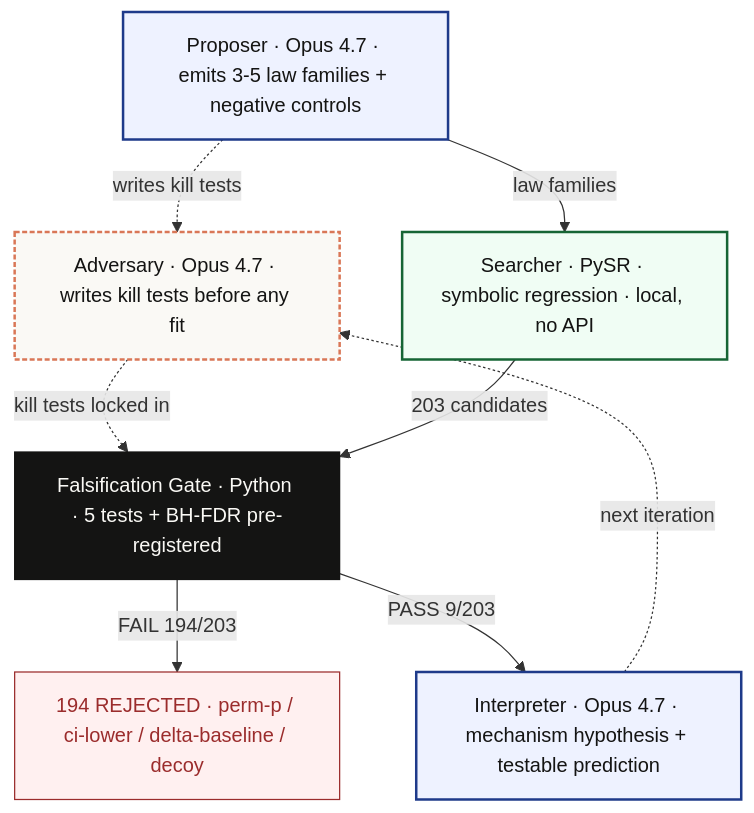
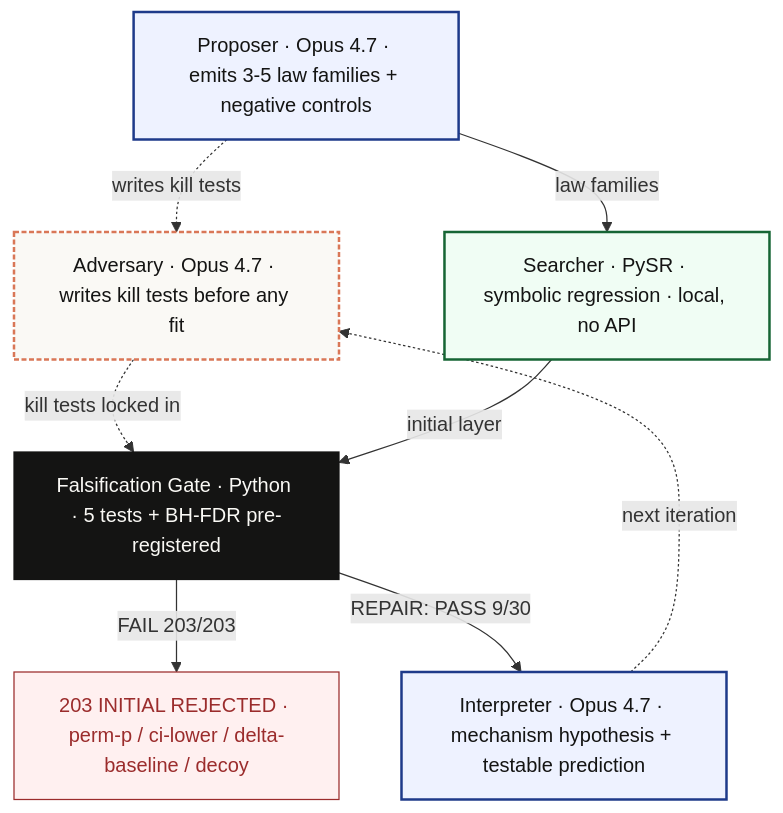
One commit to jang1563/theory-copilot-falsification changed the diagram in README.md. Above: the diagram before and after it, drawn with Mermaid. The commit also changed other lines of this file and 5 other files, not shown here.

````diff
--- a/README.md
+++ b/README.md
@@ -110,23 +110,23 @@
 ```mermaid
 flowchart TB
     classDef opus      fill:#eef2ff,stroke:#1e3a8a,stroke-width:2px,color:#141413
     classDef adversary fill:#faf9f5,stroke:#d97757,stroke-width:2px,stroke-dasharray:4 2,color:#141413
     classDef gate      fill:#141413,stroke:#141413,color:#faf9f5
     classDef fail      fill:#fff0f0,stroke:#9b2c2c,color:#9b2c2c
     classDef local     fill:#f0fdf4,stroke:#166534,stroke-width:2px,color:#141413
 
     Sk[Adversary · Opus 4.7 · writes kill tests before any fit]:::adversary
     P[Proposer · Opus 4.7 · emits 3-5 law families + negative controls]:::opus
     Sr[Searcher · PySR · symbolic regression · local, no API]:::local
     G[Falsification Gate · Python · 5 tests + BH-FDR pre-registered]:::gate
-    F[194 REJECTED · perm-p / ci-lower / delta-baseline / decoy]:::fail
+    F[203 INITIAL REJECTED · perm-p / ci-lower / delta-baseline / decoy]:::fail
     I[Interpreter · Opus 4.7 · mechanism hypothesis + testable prediction]:::opus
 
     Sk -. "kill tests locked in" .-> G
     P -. "writes kill tests" .-> Sk
     P -- "law families" --> Sr
-    Sr -- "203 candidates" --> G
-    G -- "FAIL 194/203" --> F
-    G -- "PASS 9/203" --> I
+    Sr -- "initial layer" --> G
+    G -- "FAIL 203/203" --> F
+    G -- "REPAIR: PASS 9/30" --> I
     I -. "next iteration" .-> Sk
 ```
````
